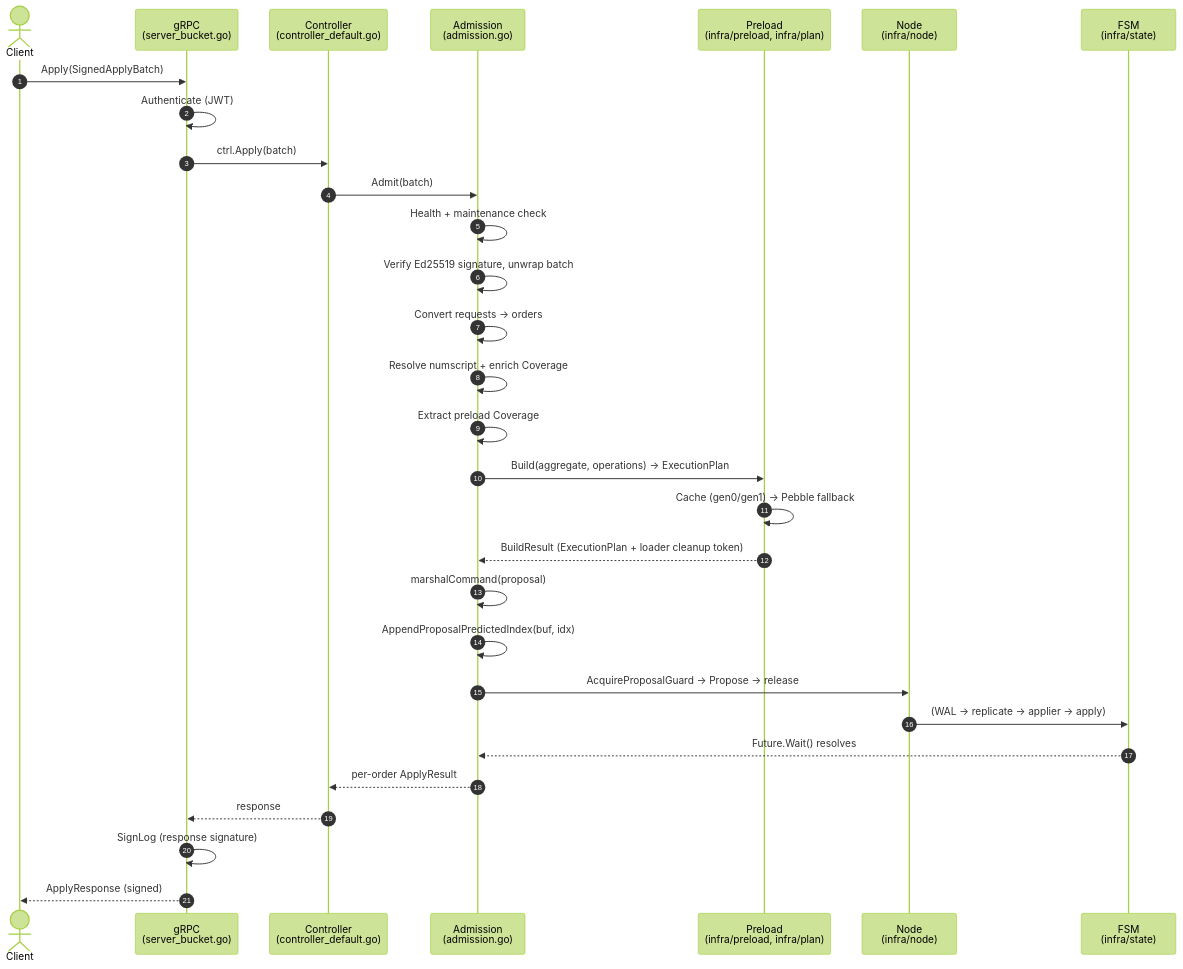
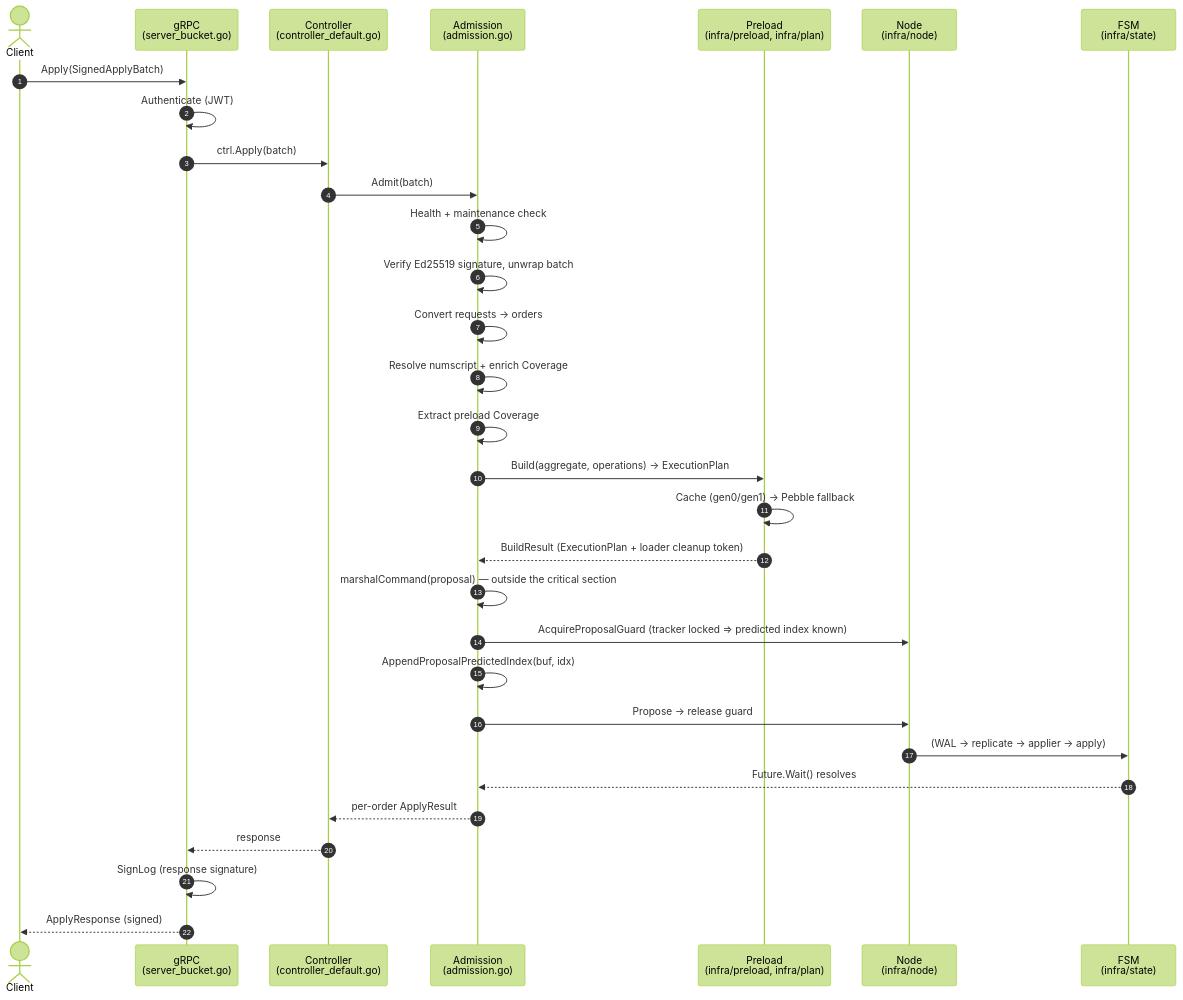
Before and after one commit to formancehq/ledger: the diagram in docs/technical/architecture/subsystems/admission/pipeline.md, drawn with Mermaid (forest theme). The commit also changed 1 other file, not shown here.

First paragraph of the commit message:
docs(EN-1565): correct WriteOperation nil guidance, field-collapse count and admission diagram order
Three further inaccuracies, two of them pre-existing in the rewrite.

````diff
--- a/docs/technical/architecture/subsystems/admission/pipeline.md
+++ b/docs/technical/architecture/subsystems/admission/pipeline.md
@@ -9,33 +9,34 @@
 ```mermaid
 sequenceDiagram
     autonumber
     actor C as Client
     participant G as gRPC<br/>(server_bucket.go)
     participant Ctrl as Controller<br/>(controller_default.go)
     participant A as Admission<br/>(admission.go)
     participant Pre as Preload<br/>(infra/preload, infra/plan)
     participant N as Node<br/>(infra/node)
     participant FSM as FSM<br/>(infra/state)
 
     C->>G: Apply(SignedApplyBatch)
     G->>G: Authenticate (JWT)
     G->>Ctrl: ctrl.Apply(batch)
     Ctrl->>A: Admit(batch)
     A->>A: Health + maintenance check
     A->>A: Verify Ed25519 signature, unwrap batch
     A->>A: Convert requests → orders
     A->>A: Resolve numscript + enrich Coverage
     A->>A: Extract preload Coverage
     A->>Pre: Build(aggregate, operations) → ExecutionPlan
     Pre->>Pre: Cache (gen0/gen1) → Pebble fallback
     Pre-->>A: BuildResult (ExecutionPlan + loader cleanup token)
-    A->>A: marshalCommand(proposal)
+    A->>A: marshalCommand(proposal) — outside the critical section
+    A->>N: AcquireProposalGuard (tracker locked ⇒ predicted index known)
     A->>A: AppendProposalPredictedIndex(buf, idx)
-    A->>N: AcquireProposalGuard → Propose → release
+    A->>N: Propose → release guard
     N->>FSM: (WAL → replicate → applier → apply)
     FSM-->>A: Future.Wait() resolves
     A-->>Ctrl: per-order ApplyResult
     Ctrl-->>G: response
     G->>G: SignLog (response signature)
     G-->>C: ApplyResponse (signed)
 ```
````
